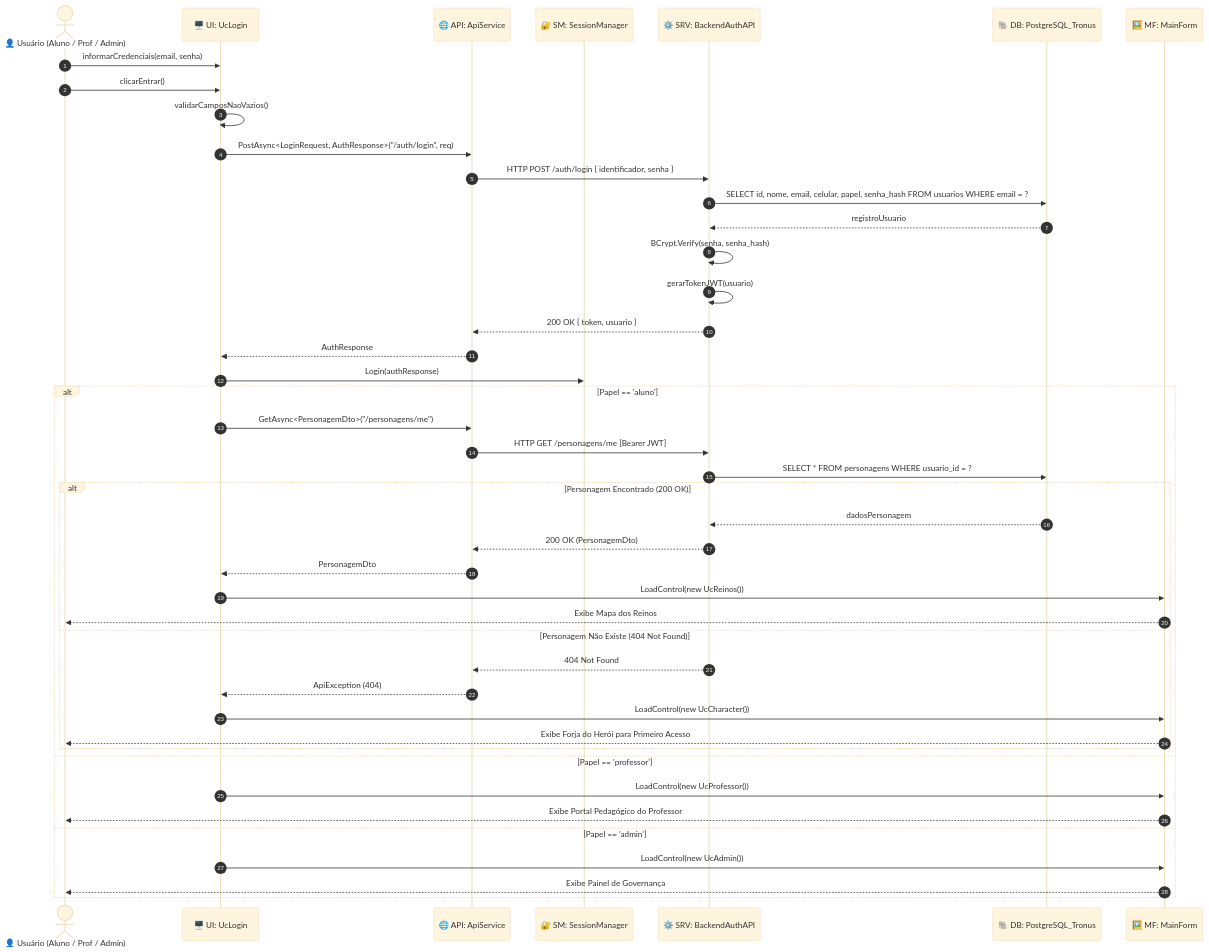
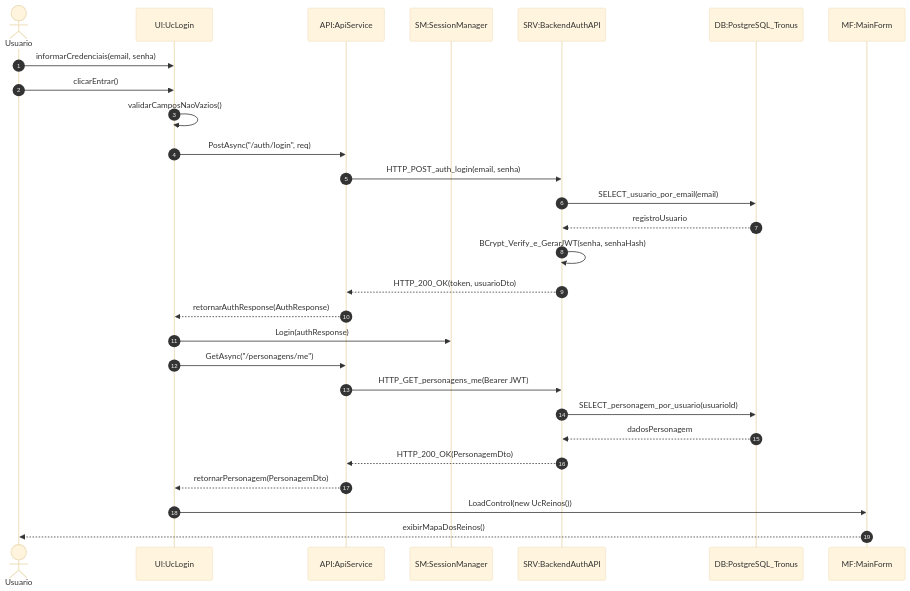
The third of 12 diagrams in DiagramaDeSequencia.md (Pim-Unip2025/desktop), drawn with Mermaid (base theme) before and after one commit. The commit also changed other lines of this file and 66 other files, not shown here.

Commit message:
feat(desktop): adiciona Setup/QA Runner com teste de rede, acessibilidade tipografica, listagem completa no Admin e reorganiza diagramas UML (Classes, Atividades e Sequencia)

````diff
--- a/DiagramaDeSequencia.md
+++ b/DiagramaDeSequencia.md
@@ -177,49 +145,31 @@
 ```mermaid
 sequenceDiagram
     autonumber
-    actor Usuario as 👤 Usuário (Aluno / Prof / Admin)
-    participant UI as 🖥️ UI: UcLogin
-    participant API as 🌐 API: ApiService
-    participant SM as 🔐 SM: SessionManager
-    participant SRV as ⚙️ SRV: BackendAuthAPI
-    participant DB as 🐘 DB: PostgreSQL_Tronus
-    participant MF as 🖼️ MF: MainForm
+    actor Usuario as Usuario
+    participant UI as UI:UcLogin
+    participant API as API:ApiService
+    participant SM as SM:SessionManager
+    participant SRV as SRV:BackendAuthAPI
+    participant DB as DB:PostgreSQL_Tronus
+    participant MF as MF:MainForm
 
     Usuario->>UI: informarCredenciais(email, senha)
     Usuario->>UI: clicarEntrar()
     UI->>UI: validarCamposNaoVazios()
-    UI->>API: PostAsync<LoginRequest, AuthResponse>("/auth/login", req)
-    API->>SRV: HTTP POST /auth/login { identificador, senha }
-    SRV->>DB: SELECT id, nome, email, celular, papel, senha_hash FROM usuarios WHERE email = ?
+    UI->>API: PostAsync("/auth/login", req)
+    API->>SRV: HTTP_POST_auth_login(email, senha)
+    SRV->>DB: SELECT_usuario_por_email(email)
     DB-->>SRV: registroUsuario
-    SRV->>SRV: BCrypt.Verify(senha, senha_hash)
-    SRV->>SRV: gerarTokenJWT(usuario)
-    SRV-->>API: 200 OK { token, usuario }
-    API-->>UI: AuthResponse
+    SRV->>SRV: BCrypt_Verify_e_GerarJWT(senha, senhaHash)
+    SRV-->>API: HTTP_200_OK(token, usuarioDto)
+    API-->>UI: retornarAuthResponse(AuthResponse)
     UI->>SM: Login(authResponse)
-    
-    alt Papel == 'aluno'
-        UI->>API: GetAsync<PersonagemDto>("/personagens/me")
-        API->>SRV: HTTP GET /personagens/me [Bearer JWT]
-        SRV->>DB: SELECT * FROM personagens WHERE usuario_id = ?
-        
-        alt Personagem Encontrado (200 OK)
-            DB-->>SRV: dadosPersonagem
-            SRV-->>API: 200 OK (PersonagemDto)
-            API-->>UI: PersonagemDto
-            UI->>MF: LoadControl(new UcReinos())
-            MF-->>Usuario: Exibe Mapa dos Reinos
-        else Personagem Não Existe (404 Not Found)
-            SRV-->>API: 404 Not Found
-            API-->>UI: ApiException (404)
-            UI->>MF: LoadControl(new UcCharacter())
-            MF-->>Usuario: Exibe Forja do Herói para Primeiro Acesso
-        end
-    else Papel == 'professor'
-        UI->>MF: LoadControl(new UcProfessor())
-        MF-->>Usuario: Exibe Portal Pedagógico do Professor
-    else Papel == 'admin'
-        UI->>MF: LoadControl(new UcAdmin())
-        MF-->>Usuario: Exibe Painel de Governança
-    end
+    UI->>API: GetAsync("/personagens/me")
+    API->>SRV: HTTP_GET_personagens_me(Bearer JWT)
+    SRV->>DB: SELECT_personagem_por_usuario(usuarioId)
+    DB-->>SRV: dadosPersonagem
+    SRV-->>API: HTTP_200_OK(PersonagemDto)
+    API-->>UI: retornarPersonagem(PersonagemDto)
+    UI->>MF: LoadControl(new UcReinos())
+    MF-->>Usuario: exibirMapaDosReinos()
 ```
````
